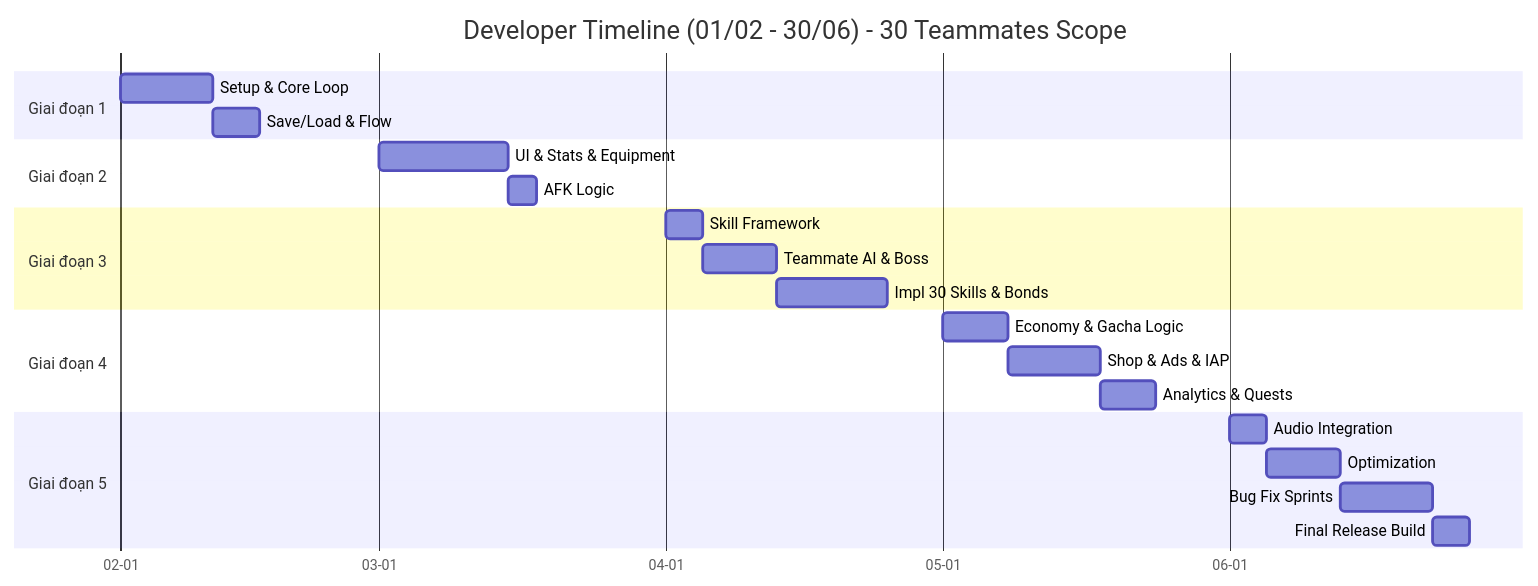
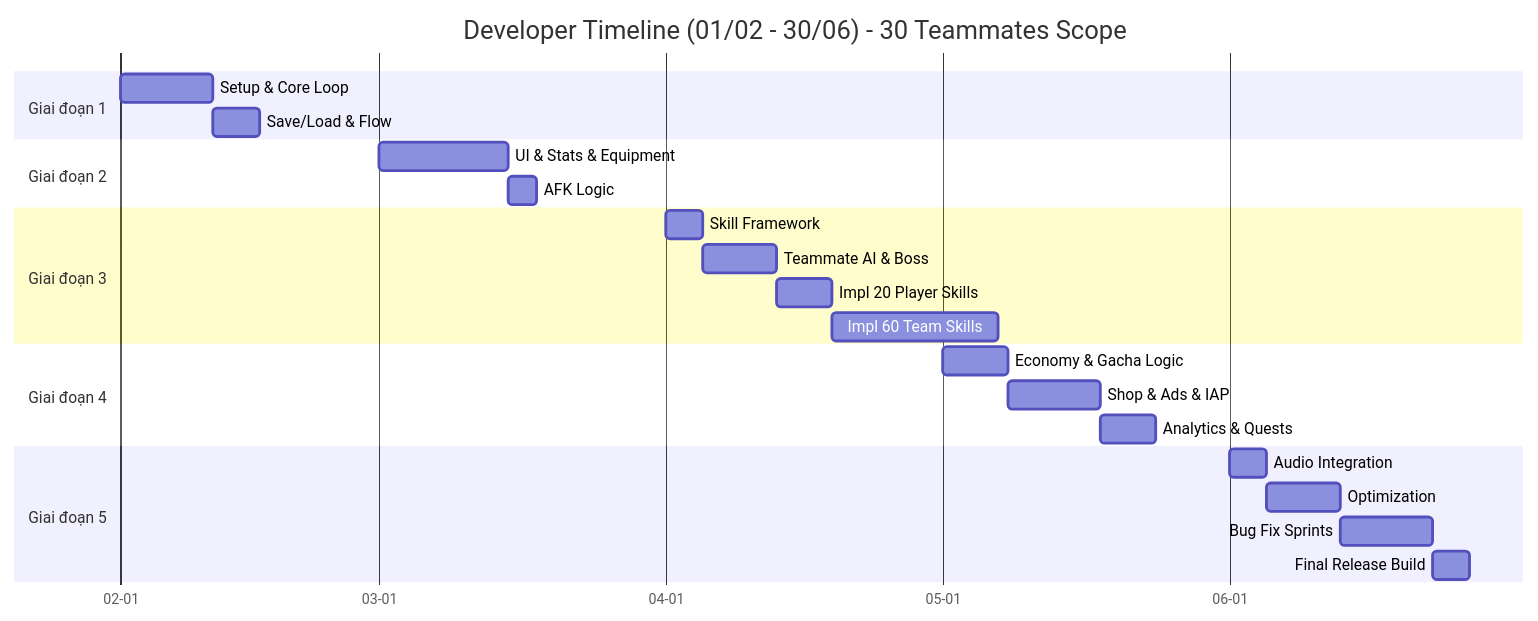
The diagram in docs/plan-timelines/developer.md (luantran-working/idlegame-designdocs), drawn with Mermaid before and after one commit. The commit also changed other lines of this file and 3 other files, not shown here.

Commit message:
docs: Add initial design documents for skill system and assets, developer timelines, and a new image asset.

````diff
--- a/docs/plan-timelines/developer.md
+++ b/docs/plan-timelines/developer.md
@@ -91,30 +91,31 @@
 ```mermaid
 gantt
     title Developer Timeline (01/02 - 30/06) - 30 Teammates Scope
     dateFormat YYYY-MM-DD
     axisFormat %m-%d
 
     section Giai đoạn 1
     Setup & Core Loop       :DEV1, 2026-02-01, 10d
     Save/Load & Flow        :DEV2, after DEV1, 5d
 
     section Giai đoạn 2
     UI & Stats & Equipment  :DEV3, 2026-03-01, 14d
     AFK Logic               :DEV4, after DEV3, 3d
 
     section Giai đoạn 3
     Skill Framework         :DEV5, 2026-04-01, 4d
     Teammate AI & Boss      :DEV6, after DEV5, 8d
-    Impl 30 Skills & Bonds  :DEV7, after DEV6, 12d
+    Impl 20 Player Skills   :DEV7, after DEV6, 6d
+    Impl 60 Team Skills     :DEV7b, after DEV7, 18d
 
     section Giai đoạn 4
     Economy & Gacha Logic   :DEV8, 2026-05-01, 7d
     Shop & Ads & IAP        :DEV9, after DEV8, 10d
     Analytics & Quests      :DEV10, after DEV9, 6d
 
     section Giai đoạn 5
     Audio Integration       :DEV11, 2026-06-01, 4d
     Optimization            :DEV12, after DEV11, 8d
     Bug Fix Sprints         :DEV13, after DEV12, 10d
     Final Release Build     :DEV14, after DEV13, 4d
 ```
````
